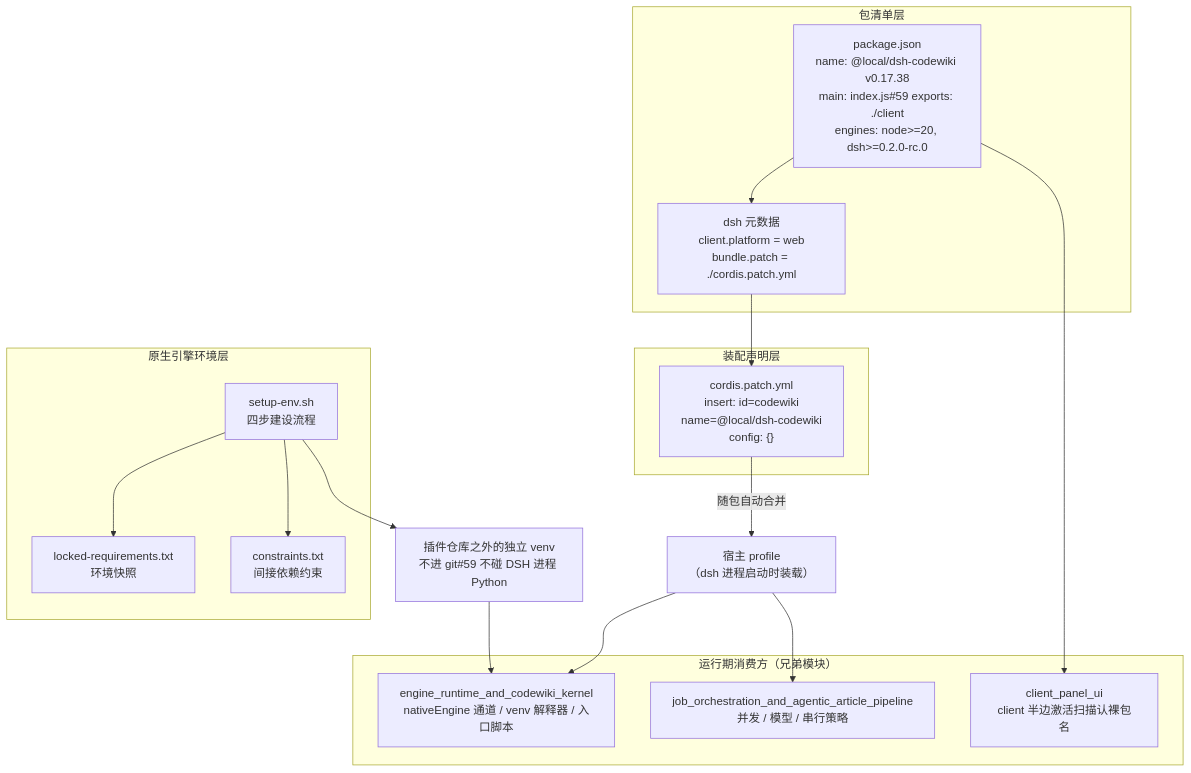
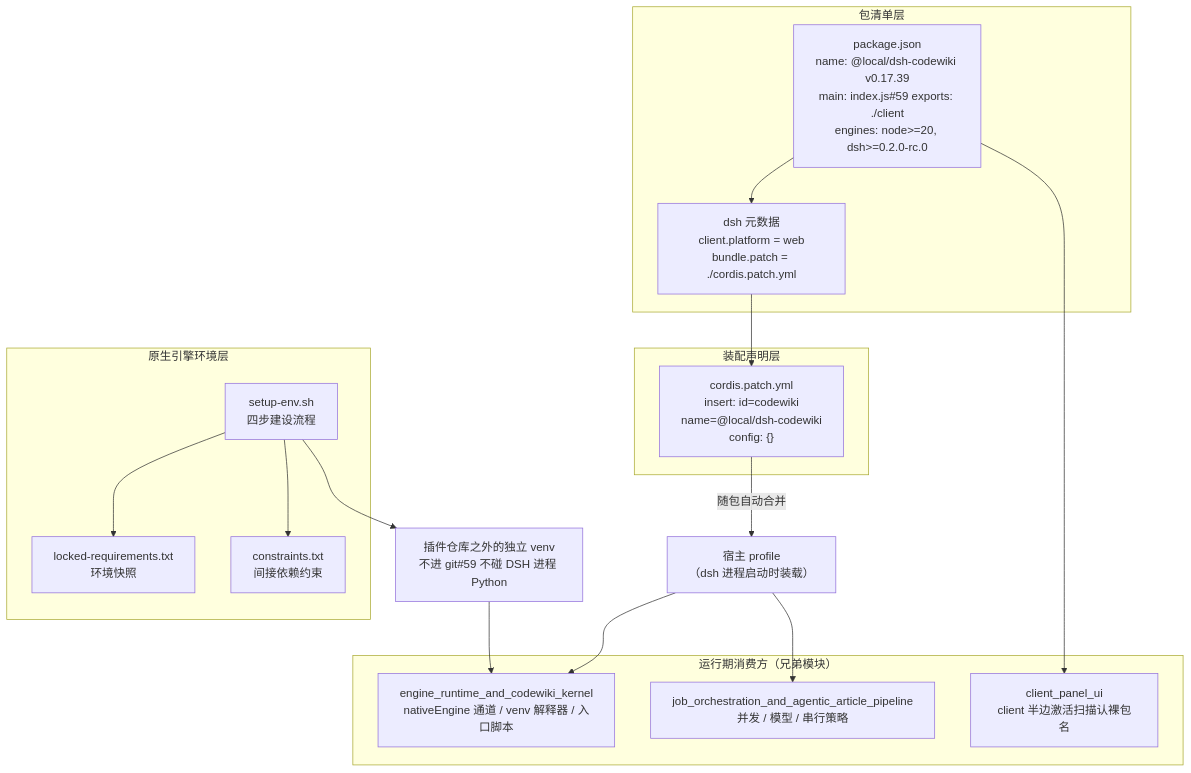
One commit to ikliml666/dsh-codewiki changed the first of 3 diagrams in .codewiki/modules/build-and-configuration.md. Above: the diagram before and after it, drawn with Mermaid. The commit also changed other lines of this file and 58 other files, not shown here.

````diff
--- a/.codewiki/modules/build-and-configuration.md
+++ b/.codewiki/modules/build-and-configuration.md
@@ -28,35 +28,35 @@
 ```mermaid
 flowchart TB
     subgraph PKG["包清单层"]
-        PJ["package.json<br/>name: @local/dsh-codewiki v0.17.38<br/>main: index.js#59 exports: ./client<br/>engines: node>=20, dsh>=0.2.0-rc.0"]
+        PJ["package.json<br/>name: @local/dsh-codewiki v0.17.39<br/>main: index.js#59 exports: ./client<br/>engines: node>=20, dsh>=0.2.0-rc.0"]
         DSHMETA["dsh 元数据<br/>client.platform = web<br/>bundle.patch = ./cordis.patch.yml"]
     end
 
     subgraph PATCH["装配声明层"]
         CP["cordis.patch.yml<br/>insert: id=codewiki<br/>name=@local/dsh-codewiki<br/>config: {}"]
     end
 
     subgraph ENV["原生引擎环境层"]
         SH["setup-env.sh<br/>四步建设流程"]
         LOCK["locked-requirements.txt<br/>环境快照"]
         CON["constraints.txt<br/>间接依赖约束"]
     end
 
     subgraph RUNTIME["运行期消费方（兄弟模块）"]
         ENG["engine_runtime_and_codewiki_kernel<br/>nativeEngine 通道 / venv 解释器 / 入口脚本"]
         JOB["job_orchestration_and_agentic_article_pipeline<br/>并发 / 模型 / 串行策略"]
         UI["client_panel_ui<br/>client 半边激活扫描认裸包名"]
     end
 
     PJ --> DSHMETA
     DSHMETA --> CP
     CP -->|"随包自动合并"| PROFILE["宿主 profile<br/>（dsh 进程启动时装载）"]
     SH --> LOCK
     SH --> CON
     SH --> VENV["插件仓库之外的独立 venv<br/>不进 git#59 不碰 DSH 进程 Python"]
 
     PROFILE --> JOB
     PROFILE --> ENG
     VENV --> ENG
     PJ --> UI
 ```
````
